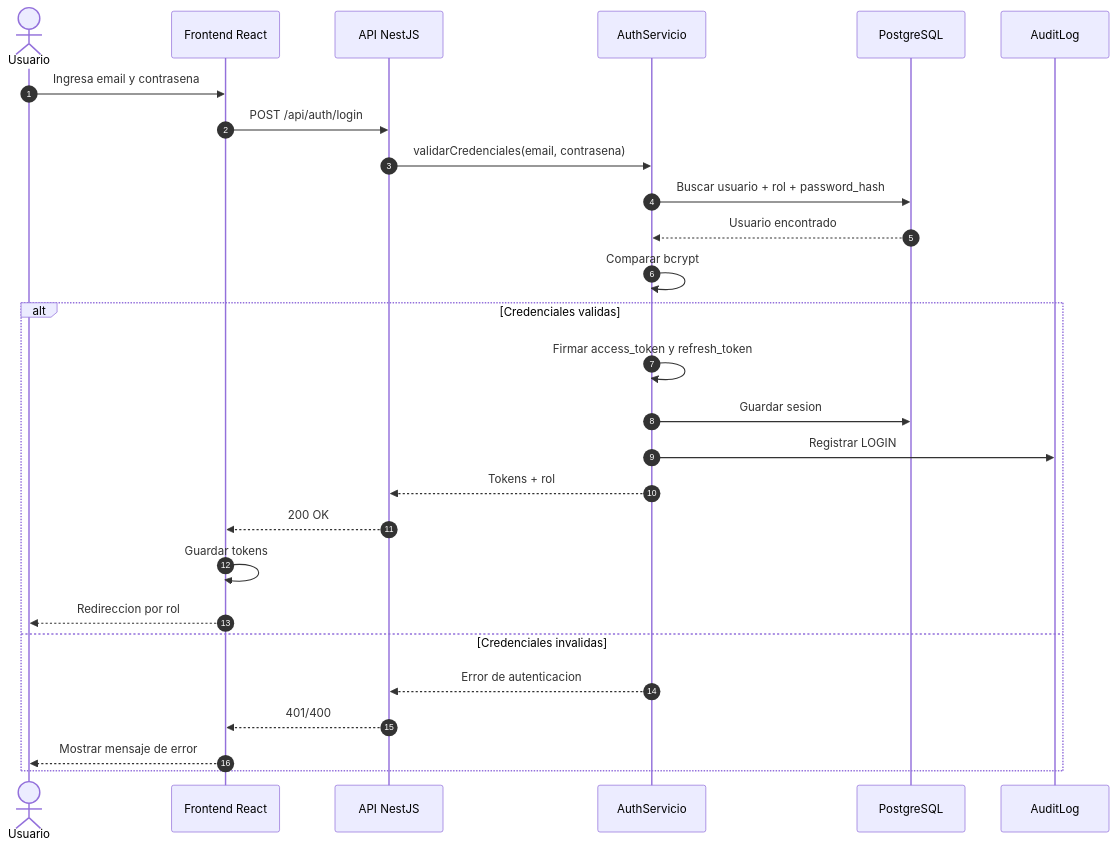
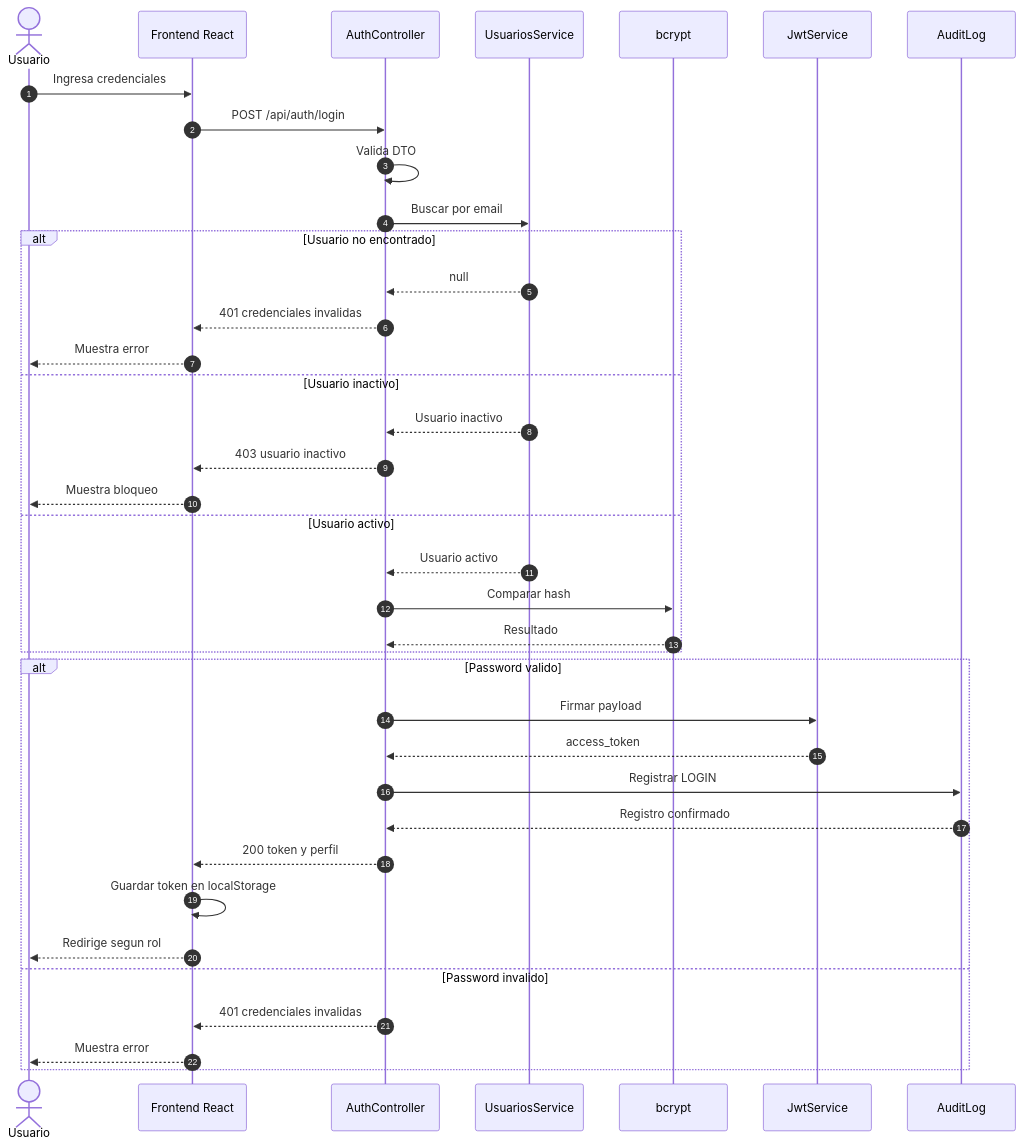
The diagram in docs/diagramas/04_secuencia_autenticacion_jwt.mmd (Proyecto-grado-ucc/proyectoGrado-server), drawn with Mermaid before and after one commit. The commit also changed 34 other files, not shown here.

Commit message:
docs: refine architecture diagrams

```diff
--- a/docs/diagramas/04_secuencia_autenticacion_jwt.mmd
+++ b/docs/diagramas/04_secuencia_autenticacion_jwt.mmd
@@ -1,28 +1,40 @@
 sequenceDiagram
   autonumber
-  actor U as Usuario
-  participant F as Frontend React
-  participant A as API NestJS
-  participant Auth as AuthServicio
-  participant DB as PostgreSQL
+  actor Usuario
+  participant Front as Frontend React
+  participant Auth as AuthController
+  participant UserSvc as UsuariosService
+  participant Crypto as bcrypt
+  participant Jwt as JwtService
   participant Audit as AuditLog
 
-  U->>F: Ingresa email y contrasena
-  F->>A: POST /api/auth/login
-  A->>Auth: validarCredenciales(email, contrasena)
-  Auth->>DB: Buscar usuario + rol + password_hash
-  DB-->>Auth: Usuario encontrado
-  Auth->>Auth: Comparar bcrypt
-  alt Credenciales validas
-    Auth->>Auth: Firmar access_token y refresh_token
-    Auth->>DB: Guardar sesion
+  Usuario->>Front: Ingresa credenciales
+  Front->>Auth: POST /api/auth/login
+  Auth->>Auth: Valida DTO
+  Auth->>UserSvc: Buscar por email
+  alt Usuario no encontrado
+    UserSvc-->>Auth: null
+    Auth-->>Front: 401 credenciales invalidas
+    Front-->>Usuario: Muestra error
+  else Usuario inactivo
+    UserSvc-->>Auth: Usuario inactivo
+    Auth-->>Front: 403 usuario inactivo
+    Front-->>Usuario: Muestra bloqueo
+  else Usuario activo
+    UserSvc-->>Auth: Usuario activo
+    Auth->>Crypto: Comparar hash
+    Crypto-->>Auth: Resultado
+  end
+
+  alt Password valido
+    Auth->>Jwt: Firmar payload
+    Jwt-->>Auth: access_token
     Auth->>Audit: Registrar LOGIN
-    Auth-->>A: Tokens + rol
-    A-->>F: 200 OK
-    F->>F: Guardar tokens
-    F-->>U: Redireccion por rol
-  else Credenciales invalidas
-    Auth-->>A: Error de autenticacion
-    A-->>F: 401/400
-    F-->>U: Mostrar mensaje de error
+    Audit-->>Auth: Registro confirmado
+    Auth-->>Front: 200 token y perfil
+    Front->>Front: Guardar token en localStorage
+    Front-->>Usuario: Redirige segun rol
+  else Password invalido
+    Auth-->>Front: 401 credenciales invalidas
+    Front-->>Usuario: Muestra error
   end
```
